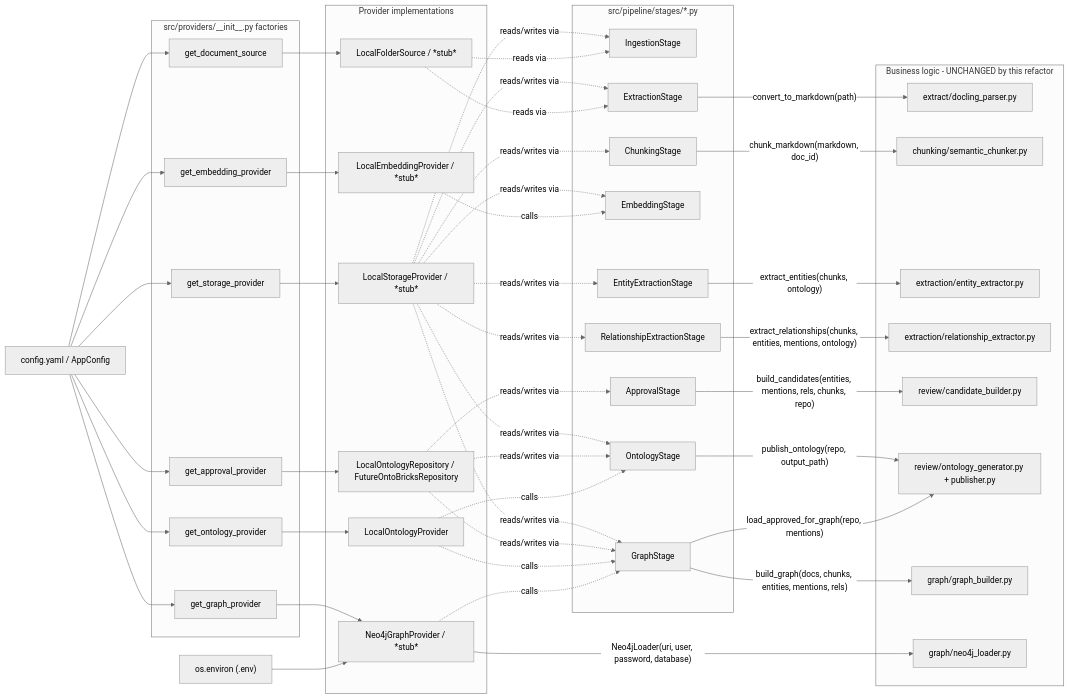
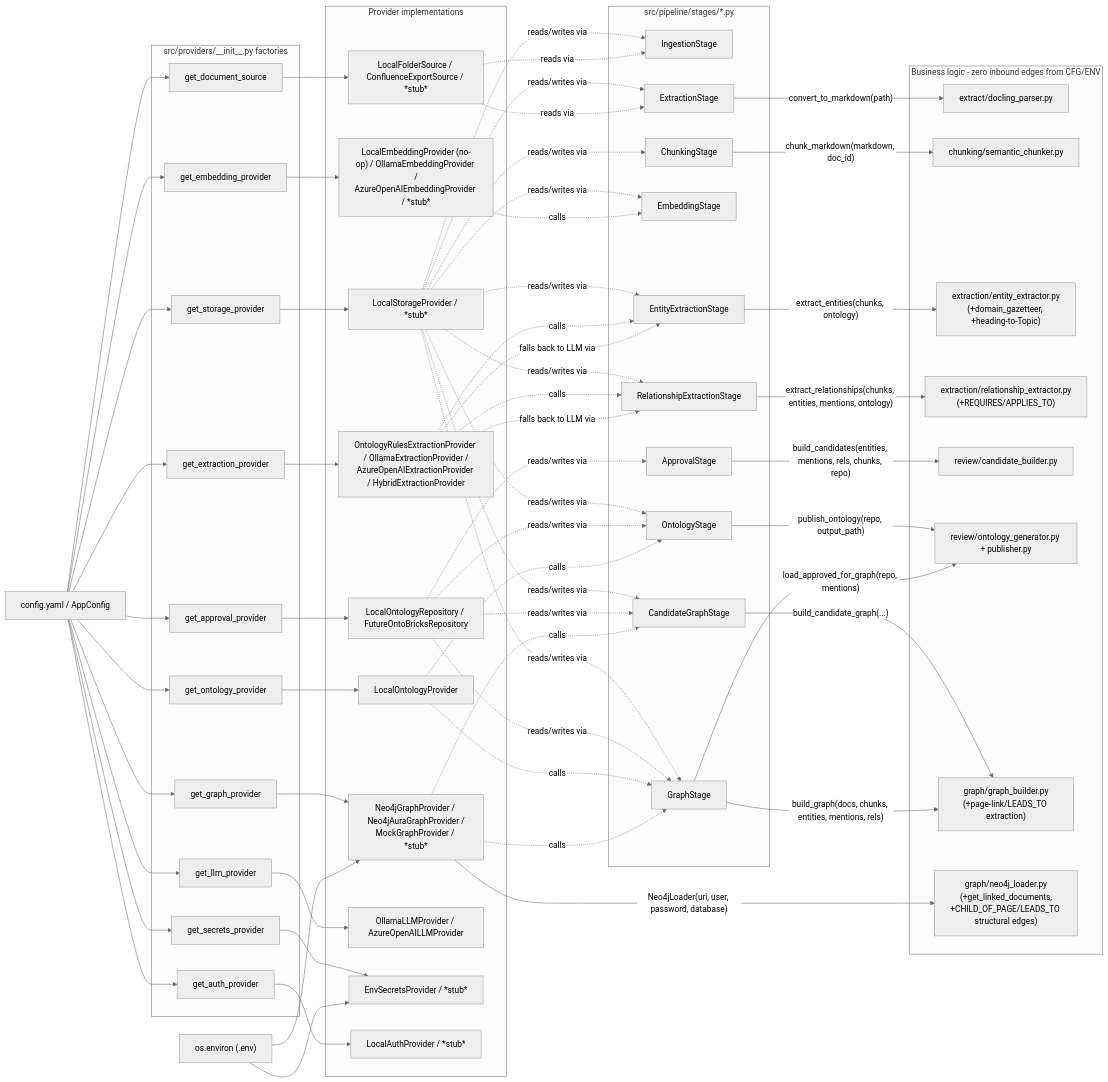
The diagram in docs/architecture/dependency_diagram.md (prigya-s/Unstructured-Data-to-graph), drawn with Mermaid (neutral theme) before and after one commit. The commit also changed other lines of this file and 7 other files, not shown here.

Commit message:
Update architecture docs

```diff
--- a/docs/architecture/dependency_diagram.md
+++ b/docs/architecture/dependency_diagram.md
@@ -19,17 +19,25 @@
         F4["get_approval_provider"]
         F5["get_ontology_provider"]
         F6["get_graph_provider"]
+        F7["get_extraction_provider"]
+        F8["get_llm_provider"]
+        F9["get_secrets_provider"]
+        F10["get_auth_provider"]
     end
 
-    CFG --> F1 & F2 & F3 & F4 & F5 & F6
+    CFG --> F1 & F2 & F3 & F4 & F5 & F6 & F7 & F8 & F9 & F10
 
     subgraph Providers["Provider implementations"]
         P1["LocalStorageProvider / *stub*"]
-        P2["LocalFolderSource / *stub*"]
-        P3["LocalEmbeddingProvider / *stub*"]
+        P2["LocalFolderSource / ConfluenceExportSource / *stub*"]
+        P3["LocalEmbeddingProvider (no-op) / OllamaEmbeddingProvider /\nAzureOpenAIEmbeddingProvider / *stub*"]
         P4["LocalOntologyRepository / FutureOntoBricksRepository"]
         P5["LocalOntologyProvider"]
-        P6["Neo4jGraphProvider / *stub*"]
+        P6["Neo4jGraphProvider / Neo4jAuraGraphProvider /\nMockGraphProvider / *stub*"]
+        P7["OntologyRulesExtractionProvider / OllamaExtractionProvider /\nAzureOpenAIExtractionProvider / HybridExtractionProvider"]
+        P8["OllamaLLMProvider / AzureOpenAILLMProvider"]
+        P9["EnvSecretsProvider / *stub*"]
+        P10["LocalAuthProvider / *stub*"]
     end
 
     F1 --> P1
@@ -38,7 +46,12 @@
     F4 --> P4
     F5 --> P5
     F6 --> P6
+    F7 --> P7
+    F8 --> P8
+    F9 --> P9
+    F10 --> P10
     ENV --> P6
+    ENV --> P9
 
     subgraph Stages["src/pipeline/stages/*.py"]
         S1["IngestionStage"]
@@ -48,33 +61,37 @@
         S5["EntityExtractionStage"]
         S6["RelationshipExtractionStage"]
         S7["ApprovalStage"]
+        SCG["CandidateGraphStage"]
         S8["OntologyStage"]
         S9["GraphStage"]
     end
 
-    P1 -.reads/writes via.-> S1 & S2 & S3 & S4 & S5 & S6 & S8 & S9
+    P1 -.reads/writes via.-> S1 & S2 & S3 & S4 & S5 & S6 & S8 & S9 & SCG
     P2 -.reads via.-> S1 & S2
     P3 -.calls.-> S4
-    P4 -.reads/writes via.-> S7 & S8 & S9
+    P4 -.reads/writes via.-> S7 & SCG & S8 & S9
     P5 -.calls.-> S8 & S9
-    P6 -.calls.-> S9
+    P6 -.calls.-> SCG & S9
+    P7 -.calls.-> S5 & S6
 
-    subgraph BusinessLogic["Business logic - UNCHANGED by this refactor"]
+    subgraph BusinessLogic["Business logic - zero inbound edges from CFG/ENV"]
         B1["extract/docling_parser.py"]
         B2["chunking/semantic_chunker.py"]
-        B3["extraction/entity_extractor.py"]
-        B4["extraction/relationship_extractor.py"]
+        B3["extraction/entity_extractor.py\n(+domain_gazetteer, +heading-to-Topic)"]
+        B4["extraction/relationship_extractor.py\n(+REQUIRES/APPLIES_TO)"]
         B5["review/candidate_builder.py"]
         B6["review/ontology_generator.py + publisher.py"]
-        B7["graph/graph_builder.py"]
-        B8["graph/neo4j_loader.py"]
+        B7["graph/graph_builder.py\n(+page-link/LEADS_TO extraction)"]
+        B8["graph/neo4j_loader.py\n(+get_linked_documents,\n+CHILD_OF_PAGE/LEADS_TO structural edges)"]
     end
 
     S2 -->|"convert_to_markdown(path)"| B1
     S3 -->|"chunk_markdown(markdown, doc_id)"| B2
     S5 -->|"extract_entities(chunks, ontology)"| B3
     S6 -->|"extract_relationships(chunks, entities, mentions, ontology)"| B4
+    P7 -.falls back to LLM via.-> S5 & S6
     S7 -->|"build_candidates(entities, mentions, rels, chunks, repo)"| B5
+    SCG -->|"build_candidate_graph(...)"| B7
     S8 -->|"publish_ontology(repo, output_path)"| B6
     S9 -->|"load_approved_for_graph(repo, mentions)"| B6
     S9 -->|"build_graph(docs, chunks, entities, mentions, rels)"| B7
```
